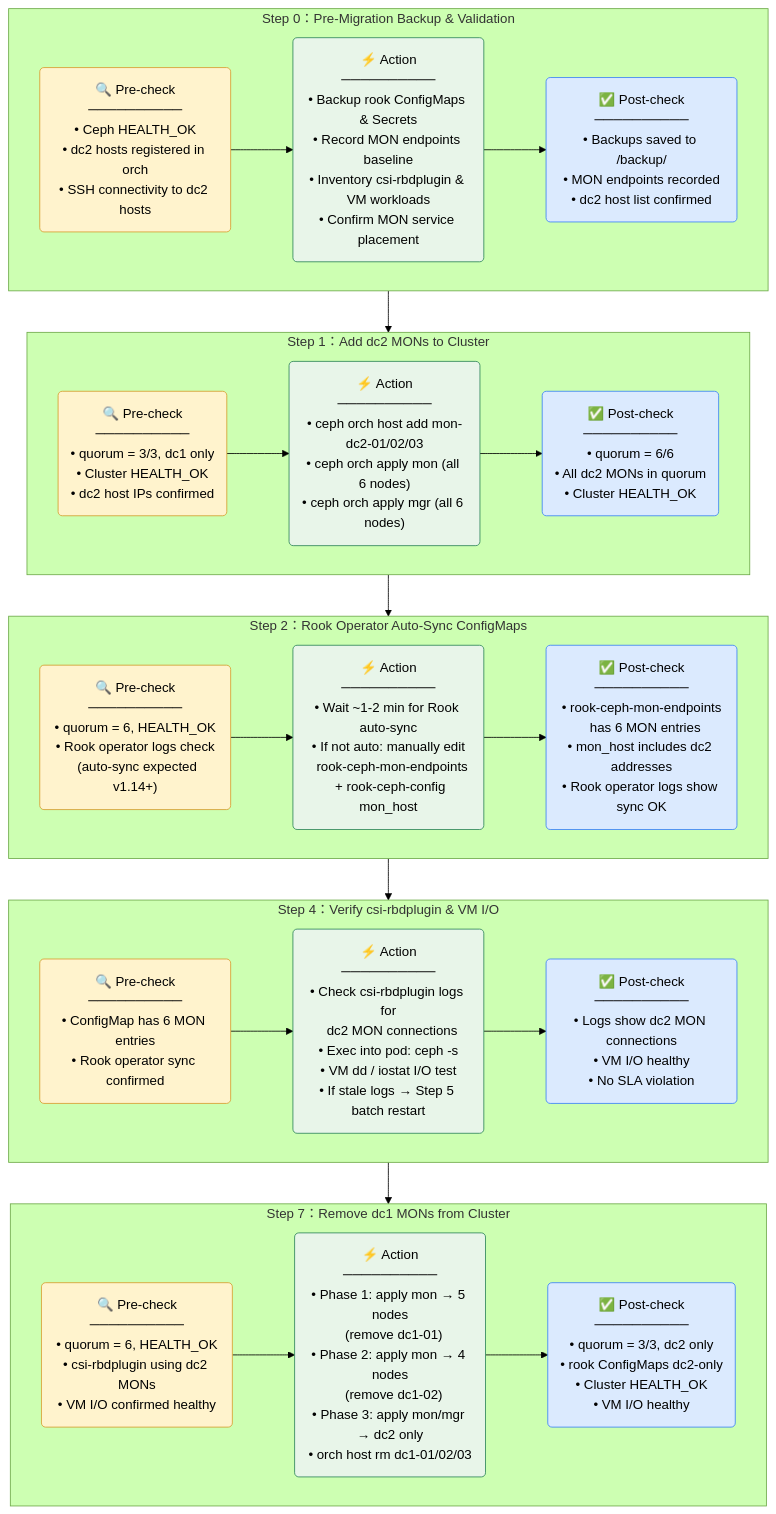
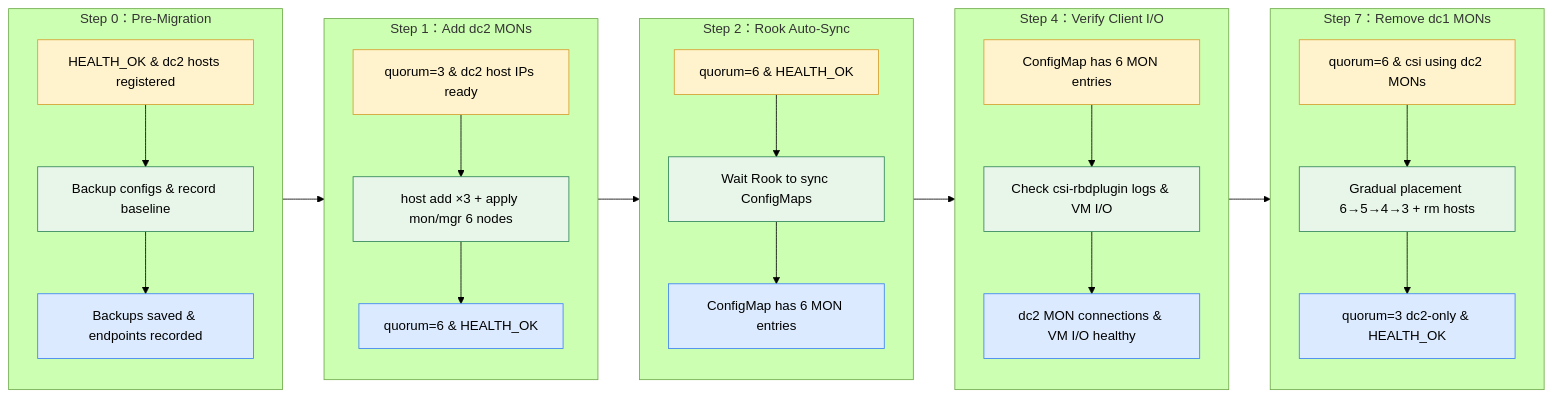
Before and after one commit to MansionLai/notebook: the second of 2 diagrams in storage/ceph-cross-dc-migration/detail_runbook.md, drawn with Mermaid (forest theme). The commit also changed other lines of this file, not shown here.

Commit message:
MON Runbook: Simplify Step-by-Step flowchart to LR with short single-line labels

````diff
--- a/storage/ceph-cross-dc-migration/detail_runbook.md
+++ b/storage/ceph-cross-dc-migration/detail_runbook.md
@@ -48,48 +46,28 @@
 ```mermaid
-flowchart TD
-    classDef precheck fill:#fff3cd,stroke:#d69e2e,color:#000
-    classDef action fill:#e8f5e9,stroke:#2f855a,color:#000
-    classDef postcheck fill:#dbeafe,stroke:#3b82f6,color:#000
+flowchart LR
+    classDef precheck fill:#fff3cd,stroke:#d69e2e
+    classDef action fill:#e8f5e9,stroke:#2f855a
+    classDef postcheck fill:#dbeafe,stroke:#3b82f6
 
-    subgraph S0["Step 0：Pre-Migration Backup & Validation"]
-        direction LR
-        PC0("🔍 Pre-check\n──────────\n• Ceph HEALTH_OK\n• dc2 hosts registered in orch\n• SSH connectivity to dc2 hosts"):::precheck
-        A0("⚡ Action\n──────────\n• Backup rook ConfigMaps & Secrets\n• Record MON endpoints baseline\n• Inventory csi-rbdplugin & VM workloads\n• Confirm MON service placement"):::action
-        OK0("✅ Post-check\n──────────\n• Backups saved to /backup/\n• MON endpoints recorded\n• dc2 host list confirmed"):::postcheck
-        PC0 --> A0 --> OK0
+    subgraph S0["Step 0：Pre-Migration"]
+        PC0[HEALTH_OK & dc2 hosts registered]:::precheck --> A0[Backup configs & record baseline]:::action --> OK0[Backups saved & endpoints recorded]:::postcheck
     end
 
-    subgraph S1["Step 1：Add dc2 MONs to Cluster"]
-        direction LR
-        PC1("🔍 Pre-check\n──────────\n• quorum = 3/3, dc1 only\n• Cluster HEALTH_OK\n• dc2 host IPs confirmed"):::precheck
-        A1("⚡ Action\n──────────\n• ceph orch host add mon-dc2-01/02/03\n• ceph orch apply mon (all 6 nodes)\n• ceph orch apply mgr (all 6 nodes)"):::action
-        OK1("✅ Post-check\n──────────\n• quorum = 6/6\n• All dc2 MONs in quorum\n• Cluster HEALTH_OK"):::postcheck
-        PC1 --> A1 --> OK1
+    subgraph S1["Step 1：Add dc2 MONs"]
+        PC1[quorum=3 & dc2 host IPs ready]:::precheck --> A1[host add ×3 + apply mon/mgr 6 nodes]:::action --> OK1[quorum=6 & HEALTH_OK]:::postcheck
     end
 
-    subgraph S2["Step 2：Rook Operator Auto-Sync ConfigMaps"]
-        direction LR
-        PC2("🔍 Pre-check\n──────────\n• quorum = 6, HEALTH_OK\n• Rook operator logs check\n  (auto-sync expected v1.14+)"):::precheck
-        A2("⚡ Action\n──────────\n• Wait ~1-2 min for Rook auto-sync\n• If not auto: manually edit\n  rook-ceph-mon-endpoints\n  + rook-ceph-config mon_host"):::action
-        OK2("✅ Post-check\n──────────\n• rook-ceph-mon-endpoints\n  has 6 MON entries\n• mon_host includes dc2 addresses\n• Rook operator logs show sync OK"):::postcheck
-        PC2 --> A2 --> OK2
+    subgraph S2["Step 2：Rook Auto-Sync"]
+        PC2[quorum=6 & HEALTH_OK]:::precheck --> A2[Wait Rook to sync ConfigMaps]:::action --> OK2[ConfigMap has 6 MON entries]:::postcheck
     end
 
-    subgraph S4["Step 4：Verify csi-rbdplugin & VM I/O"]
-        direction LR
-        PC4("🔍 Pre-check\n──────────\n• ConfigMap has 6 MON entries\n• Rook operator sync confirmed"):::precheck
-        A4("⚡ Action\n──────────\n• Check csi-rbdplugin logs for\n  dc2 MON connections\n• Exec into pod: ceph -s\n• VM dd / iostat I/O test\n• If stale logs → Step 5 batch restart"):::action
-        OK4("✅ Post-check\n──────────\n• Logs show dc2 MON connections\n• VM I/O healthy\n• No SLA violation"):::postcheck
-        PC4 --> A4 --> OK4
+    subgraph S4["Step 4：Verify Client I/O"]
+        PC4[ConfigMap has 6 MON entries]:::precheck --> A4[Check csi-rbdplugin logs & VM I/O]:::action --> OK4[dc2 MON connections & VM I/O healthy]:::postcheck
     end
 
-    subgraph S7["Step 7：Remove dc1 MONs from Cluster"]
-        direction LR
-        PC7("🔍 Pre-check\n──────────\n• quorum = 6, HEALTH_OK\n• csi-rbdplugin using dc2 MONs\n• VM I/O confirmed healthy"):::precheck
-        A7("⚡ Action\n──────────\n• Phase 1: apply mon → 5 nodes\n  (remove dc1-01)\n• Phase 2: apply mon → 4 nodes\n  (remove dc1-02)\n• Phase 3: apply mon/mgr → dc2 only\n• orch host rm dc1-01/02/03"):::action
-        OK7("✅ Post-check\n──────────\n• quorum = 3/3, dc2 only\n• rook ConfigMaps dc2-only\n• Cluster HEALTH_OK\n• VM I/O healthy"):::postcheck
-        PC7 --> A7 --> OK7
+    subgraph S7["Step 7：Remove dc1 MONs"]
+        PC7[quorum=6 & csi using dc2 MONs]:::precheck --> A7[Gradual placement 6→5→4→3 + rm hosts]:::action --> OK7[quorum=3 dc2-only & HEALTH_OK]:::postcheck
     end
 
     S0 --> S1 --> S2 --> S4 --> S7
 ```
````
